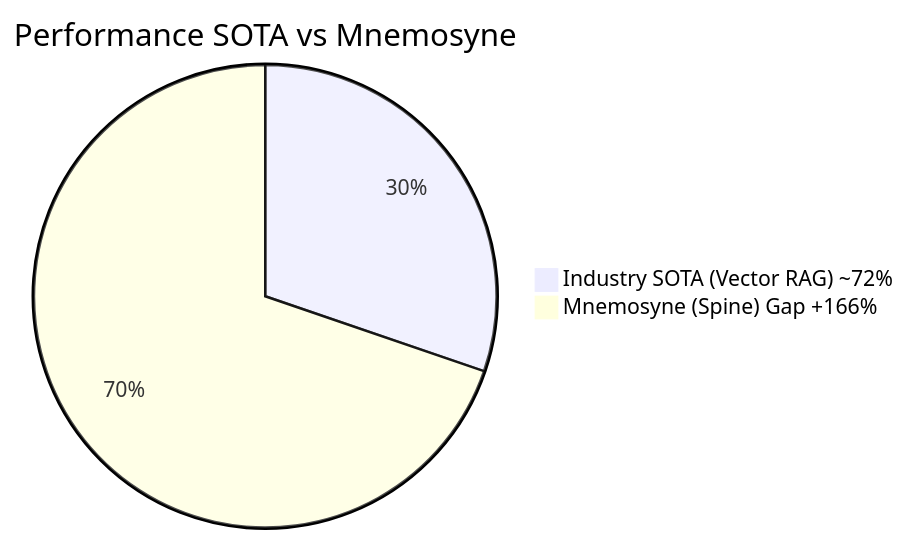
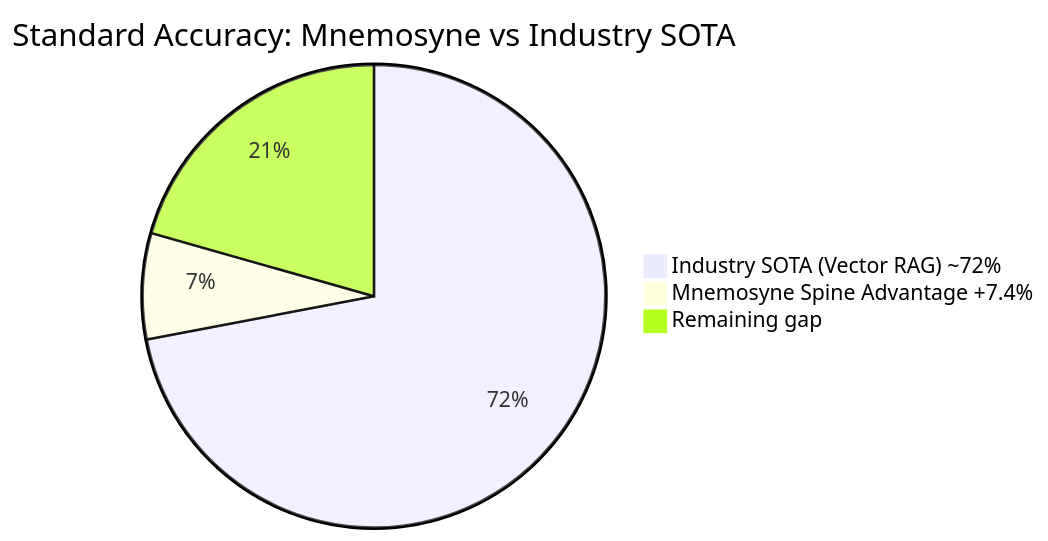
Before and after one commit to yaka0007/Mnemosyne-Neural-OS: the first of 2 diagrams in resonance-whitepaper/docs/02-the-spine-revelation.md, drawn with Mermaid. The commit also changed other lines of this file and 1 other file, not shown here.

````diff
--- a/resonance-whitepaper/docs/02-the-spine-revelation.md
+++ b/resonance-whitepaper/docs/02-the-spine-revelation.md
@@ -26,5 +86,6 @@
 ```mermaid
-pie title Performance SOTA vs Mnemosyne
+pie title Standard Accuracy: Mnemosyne vs Industry SOTA
     "Industry SOTA (Vector RAG) ~72%" : 72
-    "Mnemosyne (Spine) Gap +166%" : 166
+    "Mnemosyne Spine Advantage +7.4%" : 7.4
+    "Remaining gap" : 20.6
 ```
````
